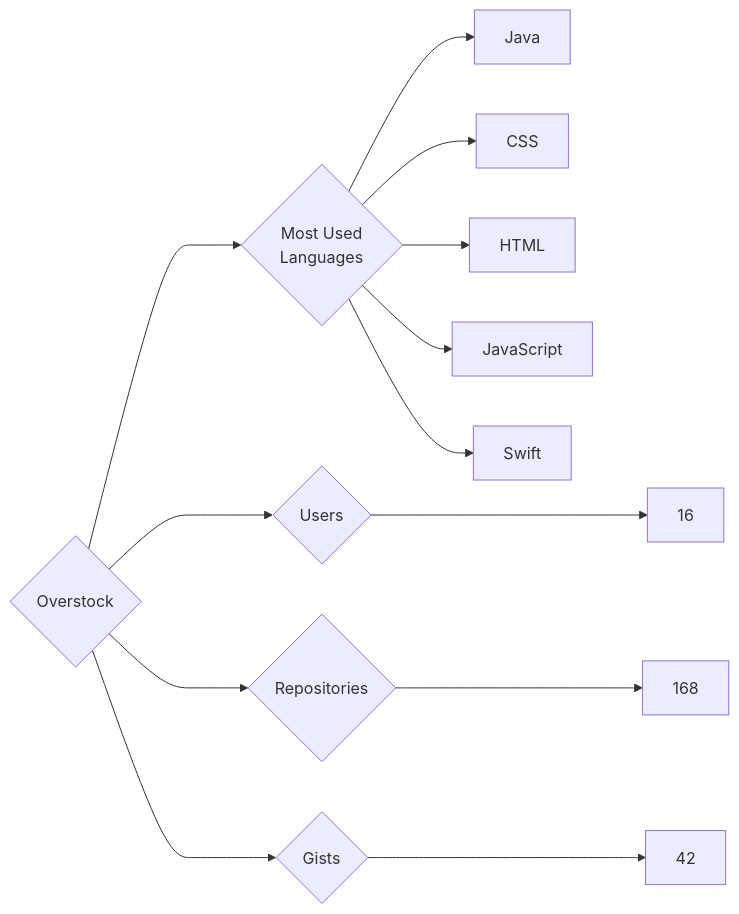
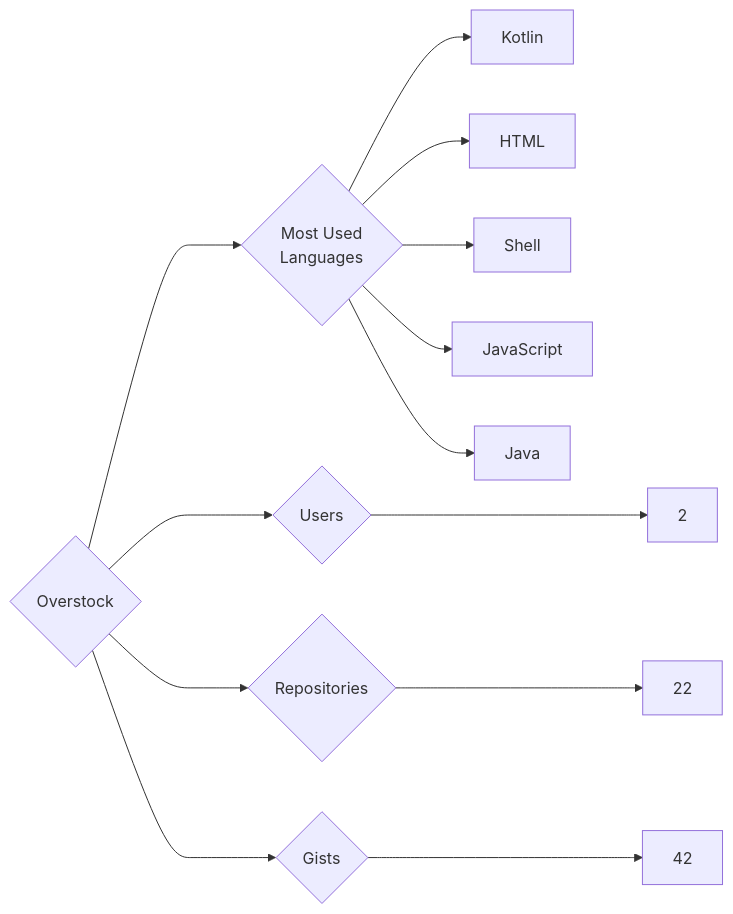
The diagram in targets/Overstock/README.md (trickest/insiders), drawn with Mermaid before and after one commit. The commit also changed 765 other files, not shown here.

````diff
--- a/targets/Overstock/README.md
+++ b/targets/Overstock/README.md
@@ -3,13 +3,13 @@
 ```mermaid
 graph LR
 COMPANY_NAME{Overstock}
-COMPANY_NAME ---> U{Users} ---> UN[16]
-COMPANY_NAME ---> R{Repositories} ---> RN[168]
+COMPANY_NAME ---> U{Users} ---> UN[2]
+COMPANY_NAME ---> R{Repositories} ---> RN[22]
 COMPANY_NAME ---> G{Gists} ---> GN[42]
 COMPANY_NAME ---> ML{Most Used<br>Languages}
+ML --> Kotlin[Kotlin]
+ML --> HTML[HTML]
+ML --> Shell[Shell]
+ML --> JavaScript[JavaScript]
 ML --> Java[Java]
-ML --> CSS[CSS]
-ML --> HTML[HTML]
-ML --> JavaScript[JavaScript]
-ML --> Swift[Swift]
 ```
````
